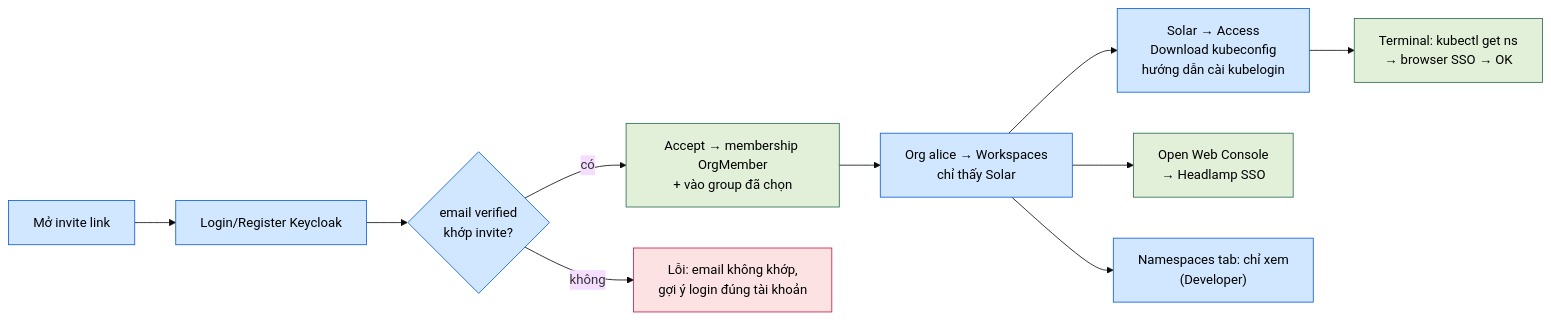
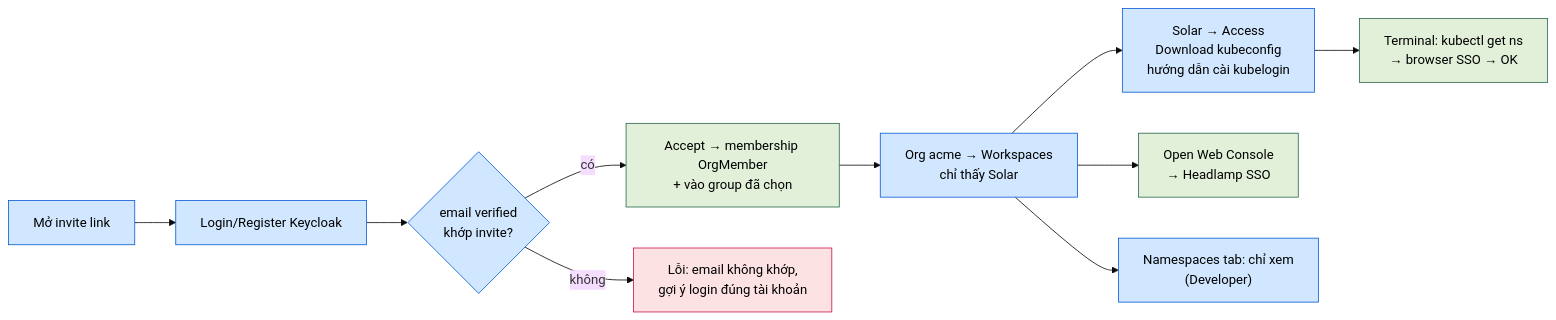
One commit to thaihoc1310/tenantry changed the third of 6 diagrams in docs/architecture/07-ux-wireflow.md. Above: the diagram before and after it, drawn with Mermaid (base theme). The commit also changed other lines of this file and 12 other files, not shown here.

````diff
--- a/docs/architecture/07-ux-wireflow.md
+++ b/docs/architecture/07-ux-wireflow.md
@@ -98,23 +103,23 @@
 ```mermaid
 flowchart LR
   classDef s fill:#d1e7ff,stroke:#0b5ed7,color:#000
   classDef e fill:#e2f0d9,stroke:#2d6a4f,color:#000
   classDef x fill:#fde2e4,stroke:#c9184a,color:#000
 
   J1["Mở invite link"]:::s
   J2["Login/Register Keycloak"]:::s
   J3{"email verified<br/>khớp invite?"}:::s
   J4["Accept → membership OrgMember<br/>+ vào group đã chọn"]:::e
   J5["Lỗi: email không khớp,<br/>gợi ý login đúng tài khoản"]:::x
-  J6["Org alice → Workspaces<br/>chỉ thấy Solar"]:::s
+  J6["Org acme → Workspaces<br/>chỉ thấy Solar"]:::s
   J7["Solar → Access<br/>Download kubeconfig<br/>hướng dẫn cài kubelogin"]:::s
   J8["Terminal: kubectl get ns<br/>→ browser SSO → OK"]:::e
   J9["Open Web Console<br/>→ Headlamp SSO"]:::e
   J10["Namespaces tab: chỉ xem<br/>(Developer)"]:::s
 
   J1 --> J2 --> J3
   J3 -->|"có"| J4 --> J6 --> J7 --> J8
   J3 -->|"không"| J5
   J6 --> J9
   J6 --> J10
 ```
````
